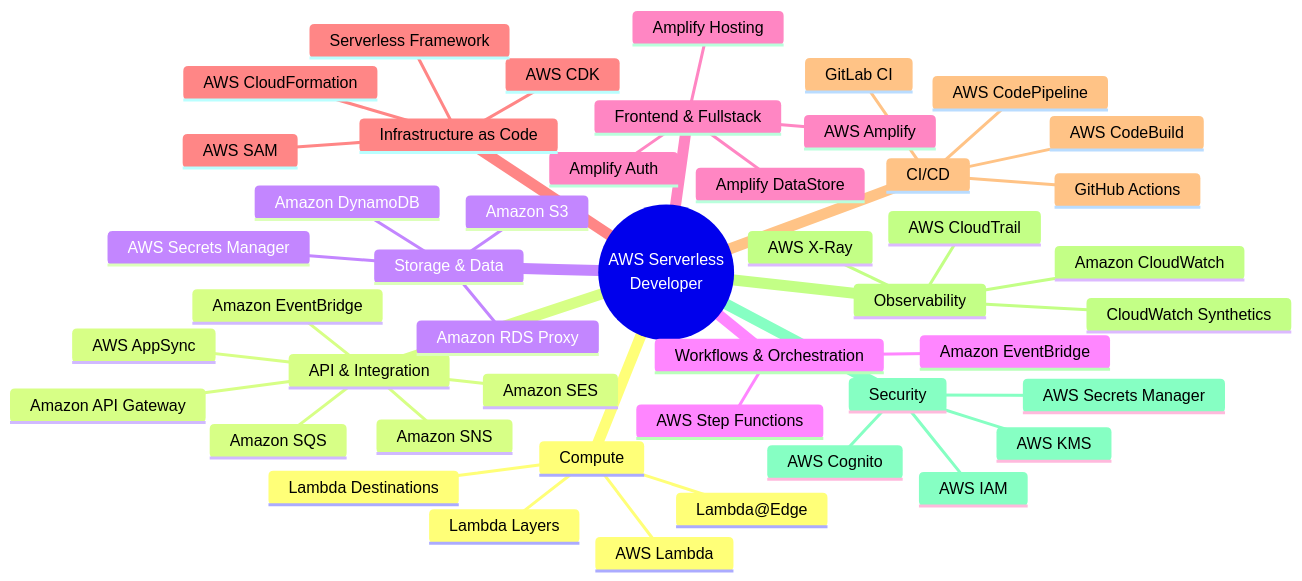
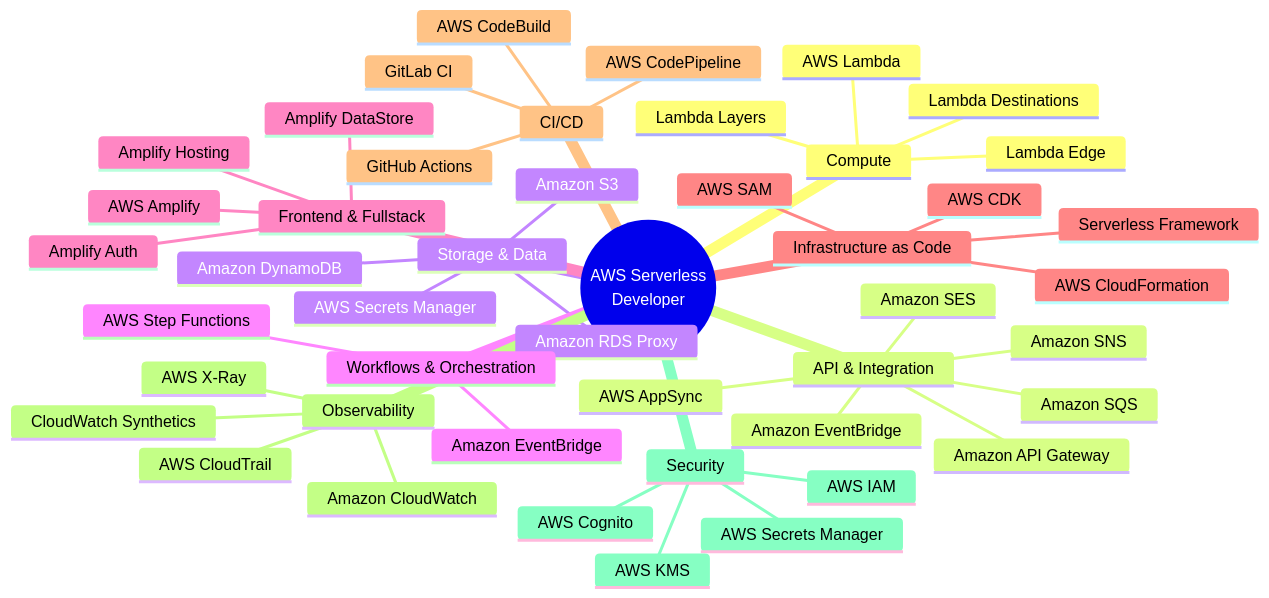
One commit to cloudshare360/aws-cloud-engineer-road-map changed the second of 5 diagrams in aws-serverless-developer/roadmap-diagram.md. Above: the diagram before and after it, drawn with Mermaid. The commit also changed other lines of this file and 1 other file, not shown here.

Commit message:
fix: replace Lambda@Edge with Lambda Edge in Mermaid diagrams to resolve GitHub render parse error

````diff
--- a/aws-serverless-developer/roadmap-diagram.md
+++ b/aws-serverless-developer/roadmap-diagram.md
@@ -83,49 +83,49 @@
 ```mermaid
 mindmap
     root((AWS Serverless<br/>Developer))
         Compute
             AWS Lambda
             Lambda Layers
-            Lambda@Edge
+            Lambda Edge
             Lambda Destinations
         API & Integration
             Amazon API Gateway
             AWS AppSync
             Amazon EventBridge
             Amazon SNS
             Amazon SQS
             Amazon SES
         Storage & Data
             Amazon DynamoDB
             Amazon S3
             Amazon RDS Proxy
             AWS Secrets Manager
         Workflows & Orchestration
             AWS Step Functions
             Amazon EventBridge
         Frontend & Fullstack
             AWS Amplify
             Amplify Hosting
             Amplify Auth
             Amplify DataStore
         Infrastructure as Code
             AWS SAM
             AWS CDK
             Serverless Framework
             AWS CloudFormation
         CI/CD
             AWS CodePipeline
             GitHub Actions
             GitLab CI
             AWS CodeBuild
         Observability
             Amazon CloudWatch
             AWS X-Ray
             AWS CloudTrail
             CloudWatch Synthetics
         Security
             AWS IAM
             AWS Cognito
             AWS Secrets Manager
             AWS KMS
 ```
````
